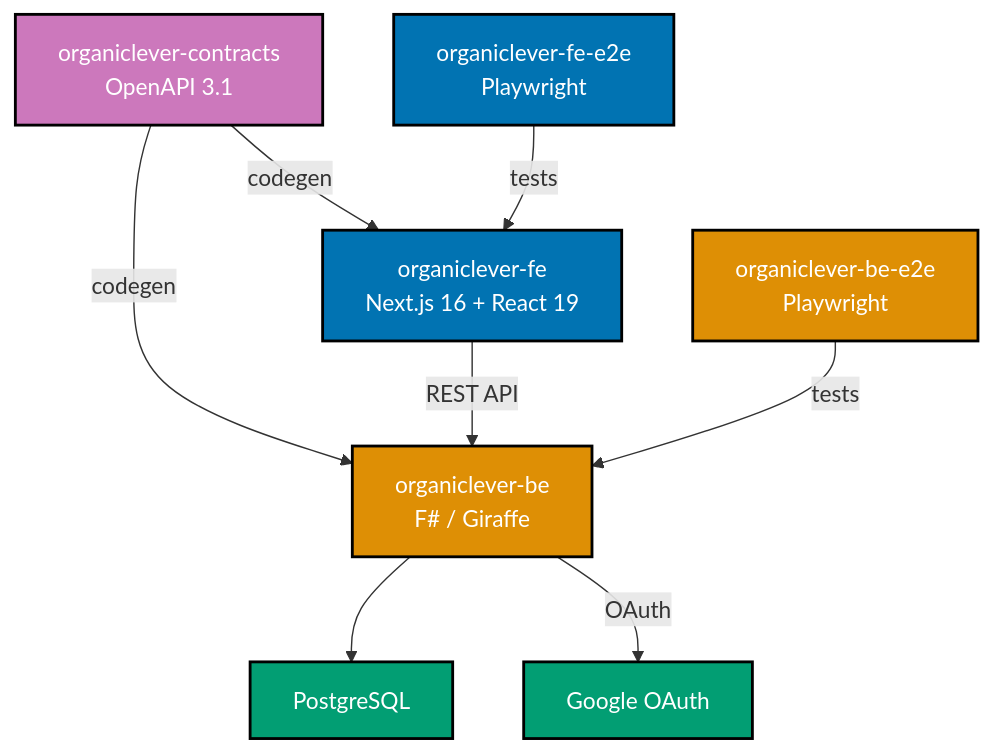
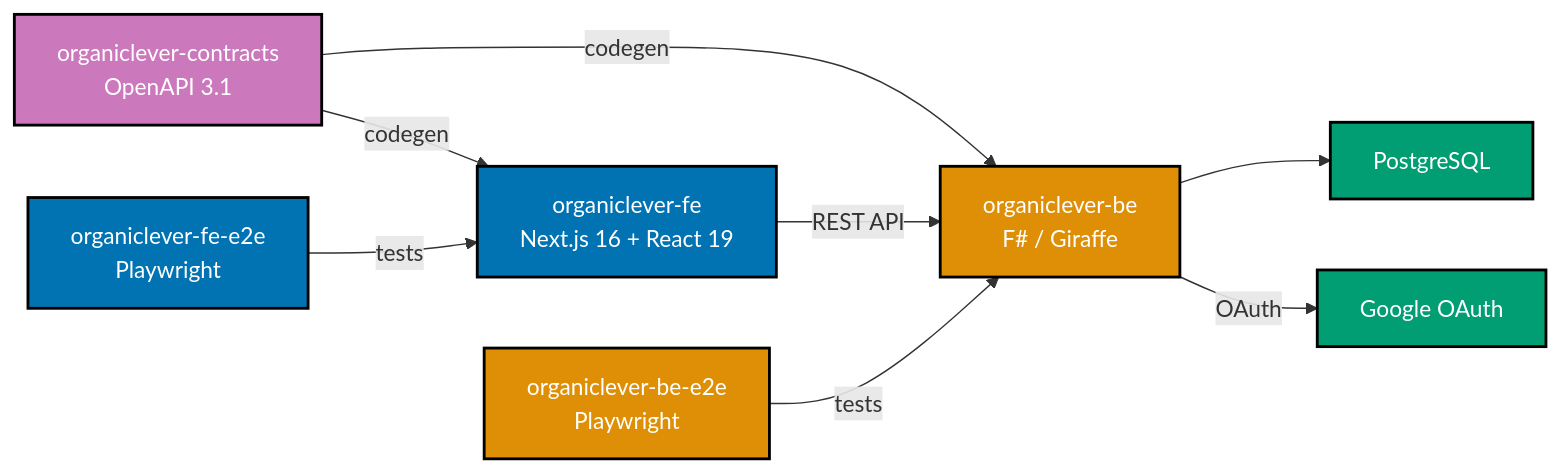
The fourth of 5 diagrams in apps/oseplatform-web/content/updates/2026-04-05-phase-1-week-8-the-polyglot-enterprise-emerges.md (wahidyankf/ose-public), drawn with Mermaid before and after one commit. The commit also changed other lines of this file, not shown here.

First line of the commit message:
fix(oseplatform-web): improve narrative flow, confirm tech stack, fix diagrams

````diff
--- a/apps/oseplatform-web/content/updates/2026-04-05-phase-1-week-8-the-polyglot-enterprise-emerges.md
+++ b/apps/oseplatform-web/content/updates/2026-04-05-phase-1-week-8-the-polyglot-enterprise-emerges.md
@@ -314,25 +312,25 @@
 ```mermaid
 %% Color Palette: Blue #0173B2 (frontend), Orange #DE8F05 (backend), Purple #CC78BC (contract), Teal #029E73 (external)
-graph TD
+graph LR
     FE["organiclever-fe<br/>Next.js 16 + React 19"]:::frontend
     BE["organiclever-be<br/>F# / Giraffe"]:::backend
     CT["organiclever-contracts<br/>OpenAPI 3.1"]:::contract
     PG["PostgreSQL"]:::external
     GA["Google OAuth"]:::external
     FEE["organiclever-fe-e2e<br/>Playwright"]:::frontend
     BEE["organiclever-be-e2e<br/>Playwright"]:::backend
 
     CT -->|"codegen"| FE
     CT -->|"codegen"| BE
     FE -->|"REST API"| BE
     BE --> PG
     BE -->|"OAuth"| GA
 
     FEE -->|"tests"| FE
     BEE -->|"tests"| BE
 
     classDef frontend fill:#0173B2,stroke:#000000,color:#FFFFFF,stroke-width:2px
     classDef backend fill:#DE8F05,stroke:#000000,color:#FFFFFF,stroke-width:2px
     classDef contract fill:#CC78BC,stroke:#000000,color:#FFFFFF,stroke-width:2px
     classDef external fill:#029E73,stroke:#000000,color:#FFFFFF,stroke-width:2px
 ```
````
